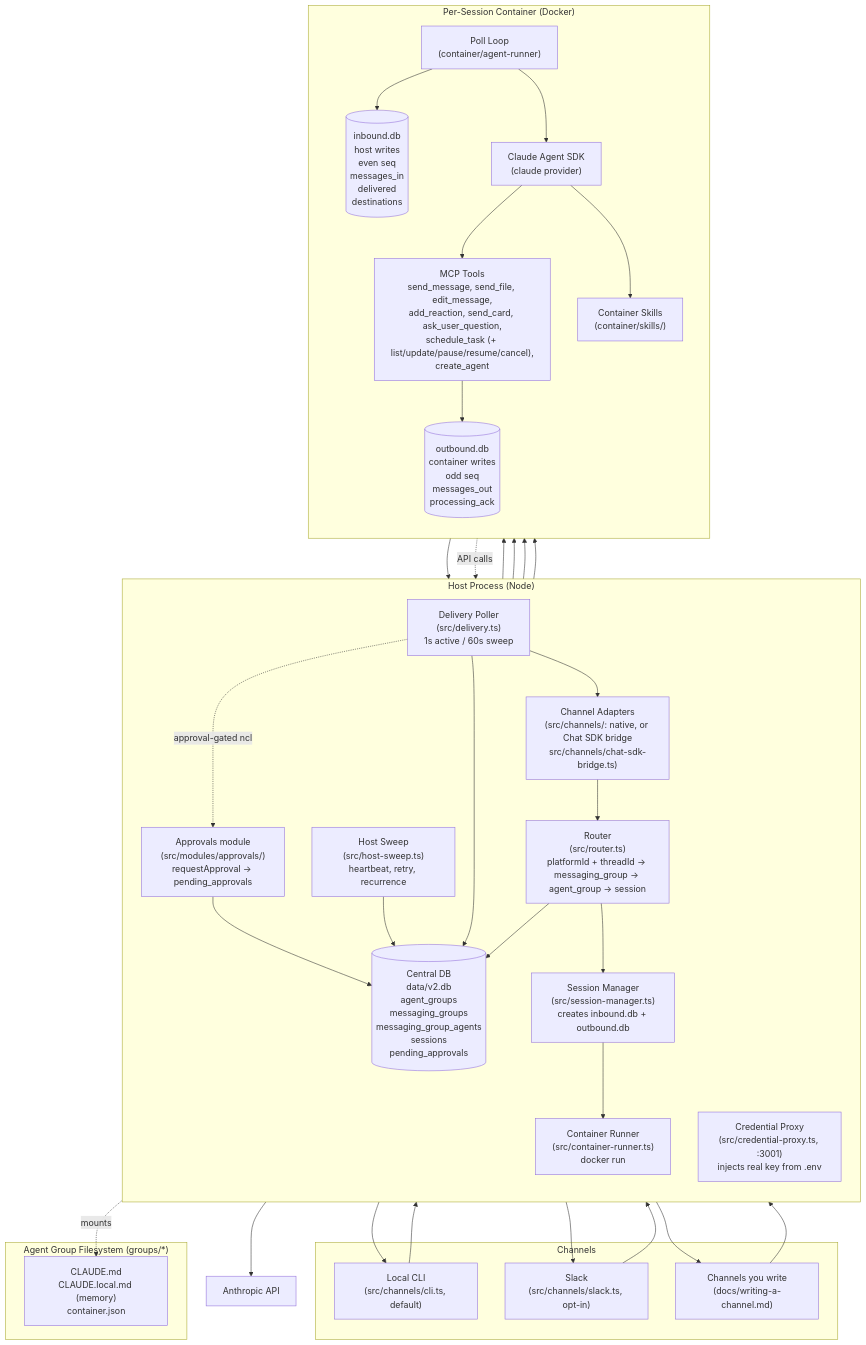
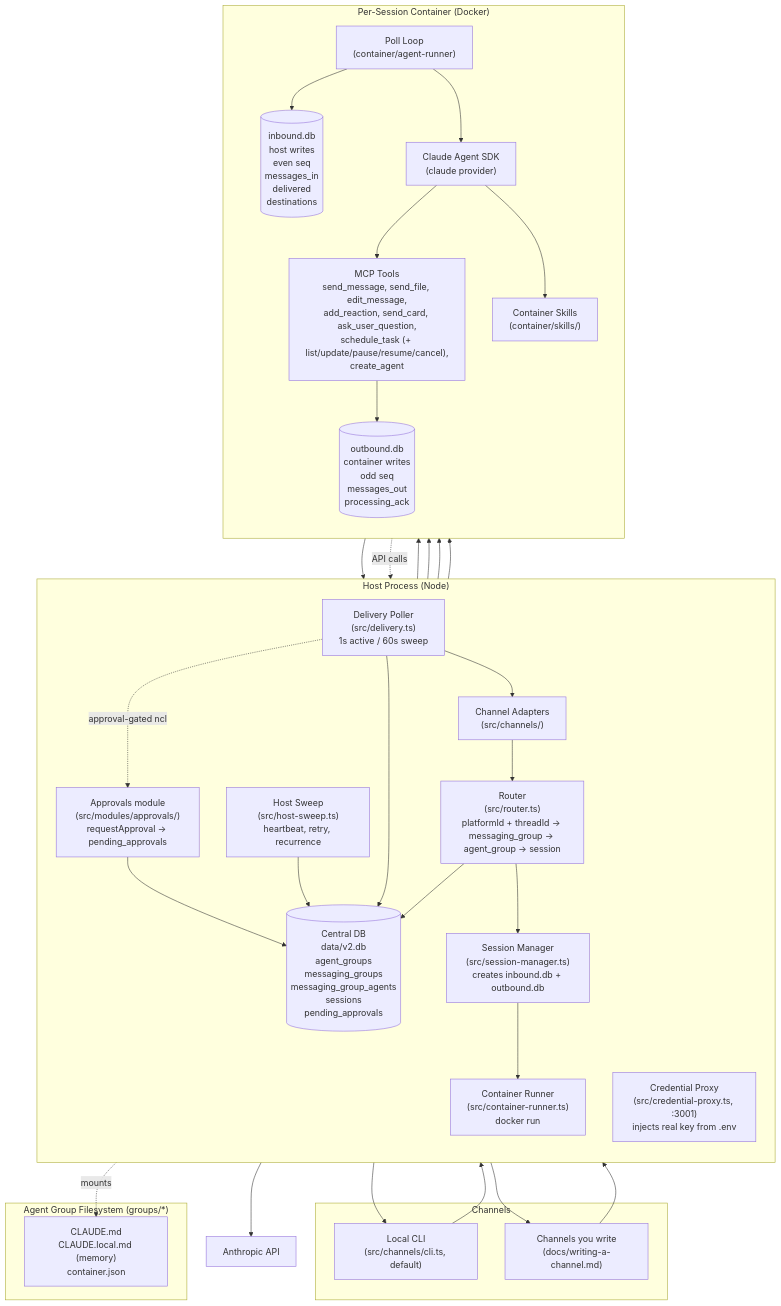
One commit to vlad-semenchuk/nanomika changed the first of 5 diagrams in docs/architecture-diagram.md. Above: the diagram before and after it, drawn with Mermaid. The commit also changed 13 other files, not shown here.

Commit message:
docs: drop Chat SDK, Slack and webhook-server references

````diff
--- a/docs/architecture-diagram.md
+++ b/docs/architecture-diagram.md
@@ -5,62 +5,61 @@
 ```mermaid
 flowchart TB
   subgraph Platforms["Channels"]
     P1["Local CLI<br/>(src/channels/cli.ts, default)"]
-    P2["Slack<br/>(src/channels/slack.ts, opt-in)"]
     P3["Channels you write<br/>(docs/writing-a-channel.md)"]
   end
 
   subgraph Host["Host Process (Node)"]
     direction TB
-    Bridge["Channel Adapters<br/>(src/channels/: native, or Chat SDK bridge<br/>src/channels/chat-sdk-bridge.ts)"]
+    Bridge["Channel Adapters<br/>(src/channels/)"]
     Router["Router<br/>(src/router.ts)<br/>platformId + threadId -> messaging_group -> agent_group -> session"]
     SessMgr["Session Manager<br/>(src/session-manager.ts)<br/>creates inbound.db + outbound.db"]
     Runner["Container Runner<br/>(src/container-runner.ts)<br/>docker run"]
     Delivery["Delivery Poller<br/>(src/delivery.ts)<br/>1s active / 60s sweep"]
     Sweep["Host Sweep<br/>(src/host-sweep.ts)<br/>heartbeat, retry, recurrence"]
     Central[("Central DB<br/>data/v2.db<br/>agent_groups<br/>messaging_groups<br/>messaging_group_agents<br/>sessions<br/>pending_approvals")]
     Approvals["Approvals module<br/>(src/modules/approvals/)<br/>requestApproval -> pending_approvals"]
     Proxy["Credential Proxy<br/>(src/credential-proxy.ts, :3001)<br/>injects real key from .env"]
   end
 
   Anthropic["Anthropic API"]
 
   subgraph Session["Per-Session Container (Docker)"]
     direction TB
     PollLoop["Poll Loop<br/>(container/agent-runner)"]
     Provider["Claude Agent SDK<br/>(claude provider)"]
     MCP["MCP Tools<br/>send_message, send_file, edit_message,<br/>add_reaction, send_card, ask_user_question,<br/>schedule_task (+ list/update/pause/resume/cancel),<br/>create_agent"]
     Skills["Container Skills<br/>(container/skills/)"]
     InDB[("inbound.db<br/>host writes<br/>even seq<br/>messages_in<br/>delivered<br/>destinations")]
     OutDB[("outbound.db<br/>container writes<br/>odd seq<br/>messages_out<br/>processing_ack")]
   end
 
   subgraph Groups["Agent Group Filesystem (groups/*)"]
     Folder["CLAUDE.md<br/>CLAUDE.local.md (memory)<br/>container.json"]
   end
 
-  P1 & P2 & P3 --> Bridge
+  P1 & P3 --> Bridge
   Bridge --> Router
   Router --> Central
   Router --> SessMgr
   SessMgr --> InDB
   SessMgr --> Runner
   Runner --> PollLoop
   PollLoop --> InDB
   PollLoop --> Provider
   Provider --> MCP
   Provider --> Skills
   MCP --> OutDB
   OutDB --> Delivery
   Delivery --> Central
   Delivery --> Bridge
-  Bridge --> P1 & P2 & P3
+  Bridge --> P1 & P3
   Sweep --> InDB
   Sweep --> OutDB
   Sweep --> Central
   Runner -.mounts.-> Folder
   Delivery -.approval-gated ncl.-> Approvals
   Approvals --> Central
   Provider -.API calls.-> Proxy
   Proxy --> Anthropic
 ```
````
